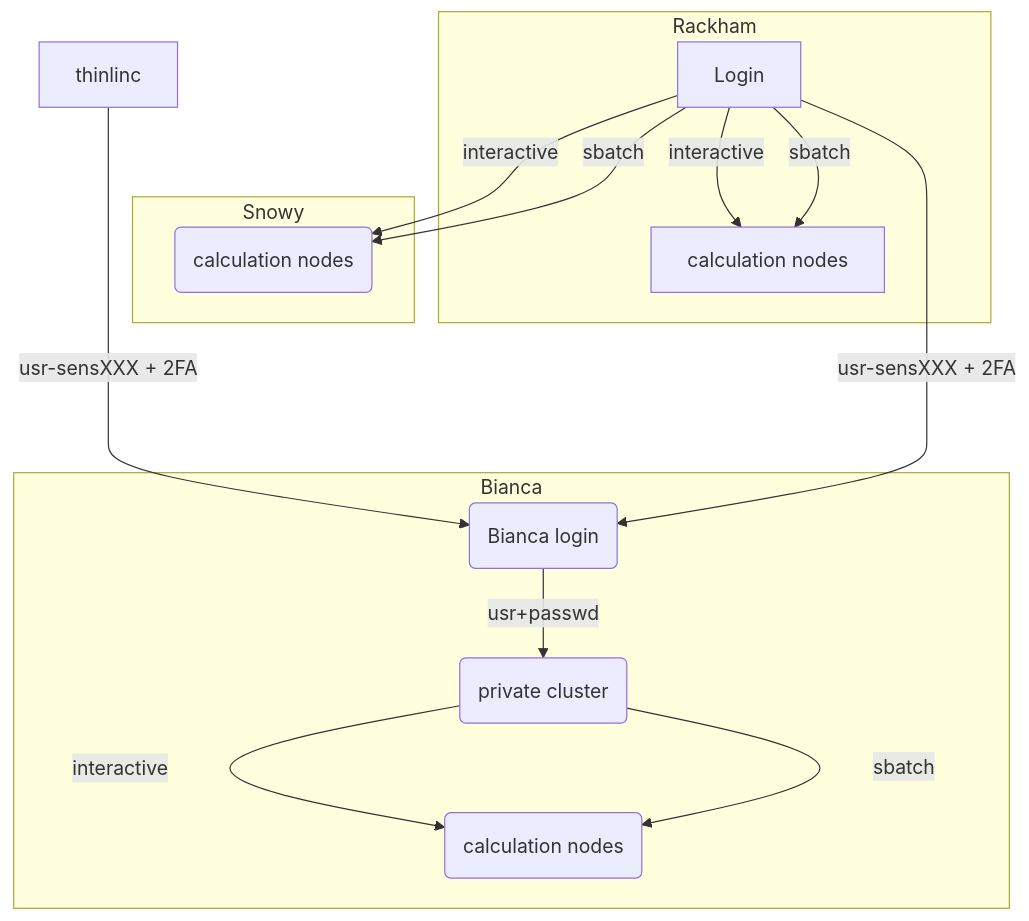
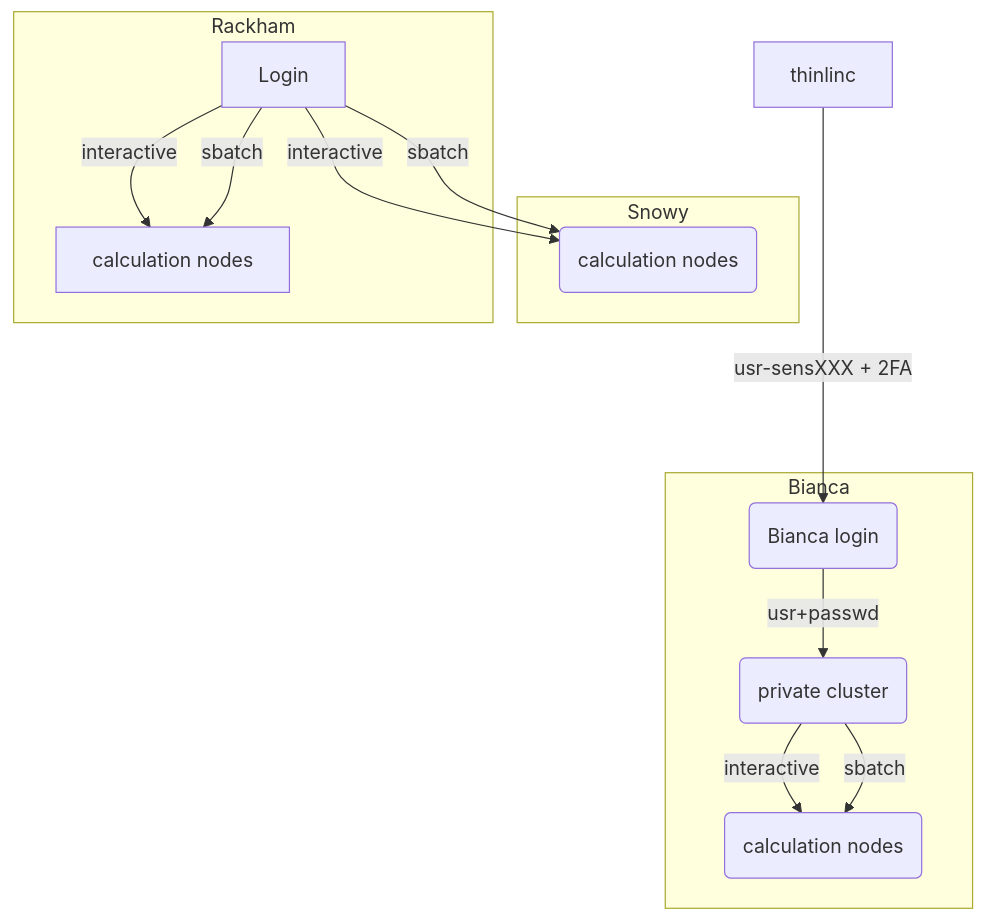
The diagram in docs/overview.md (UPPMAX/uppmax_intro_cases), drawn with Mermaid before and after one commit.

````diff
--- a/docs/overview.md
+++ b/docs/overview.md
@@ -78,23 +78,22 @@
 ```{mermaid}
 
 graph TB
 
   Node1 -- interactive --> SubGraph2Flow
   Node1 -- sbatch --> SubGraph2Flow
   subgraph "Snowy"
   SubGraph2Flow(calculation nodes) 
         end
 
         thinlinc -- usr-sensXXX + 2FA----> SubGraph1Flow
-        Node1 -- usr-sensXXX + 2FA----> SubGraph1Flow
         subgraph "Bianca"
         SubGraph1Flow(Bianca login) -- usr+passwd --> private(private cluster)
         private -- interactive --> calcB(calculation nodes)
         private -- sbatch --> calcB
         end
 
         subgraph "Rackham"
         Node1[Login] -- interactive --> Node2[calculation nodes]
         Node1 -- sbatch --> Node2
         end
 ```
````
